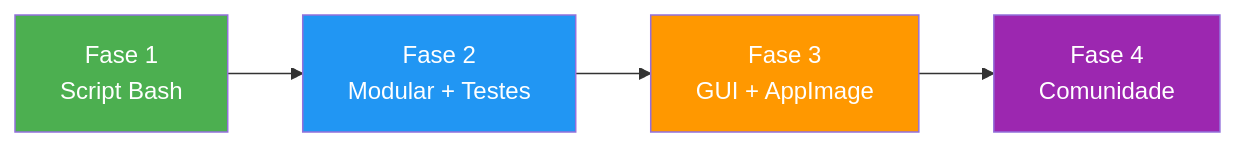
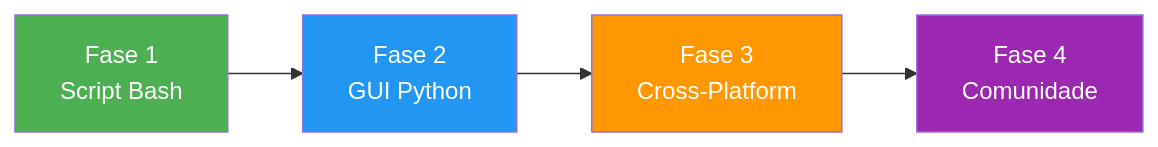
One commit to jackson-jpc/multiboot-usb-creator changed the diagram in README.md. Above: the diagram before and after it, drawn with Mermaid. The commit also changed other lines of this file and 19 other files, not shown here.

````diff
--- a/README.md
+++ b/README.md
@@ -210,11 +249,11 @@
 ```mermaid
 graph LR
-    A[Fase 1<br/>Script Bash] --> B[Fase 2<br/>Modular + Testes]
-    B --> C[Fase 3<br/>GUI + AppImage]
+    A[Fase 1<br/>Script Bash] --> B[Fase 2<br/>GUI Python]
+    B --> C[Fase 3<br/>Cross-Platform]
     C --> D[Fase 4<br/>Comunidade]
 
     style A fill:#4CAF50,color:#fff
     style B fill:#2196F3,color:#fff
     style C fill:#FF9800,color:#fff
     style D fill:#9C27B0,color:#fff
 ```
````
